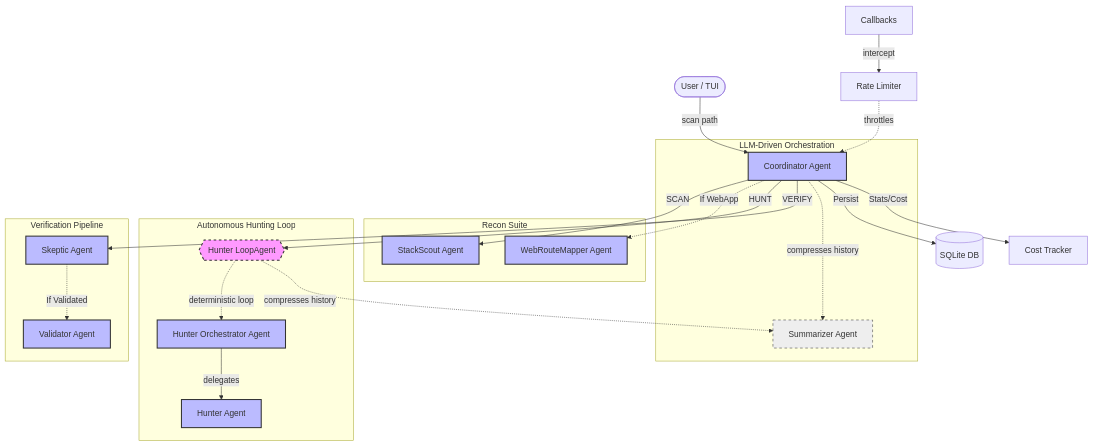
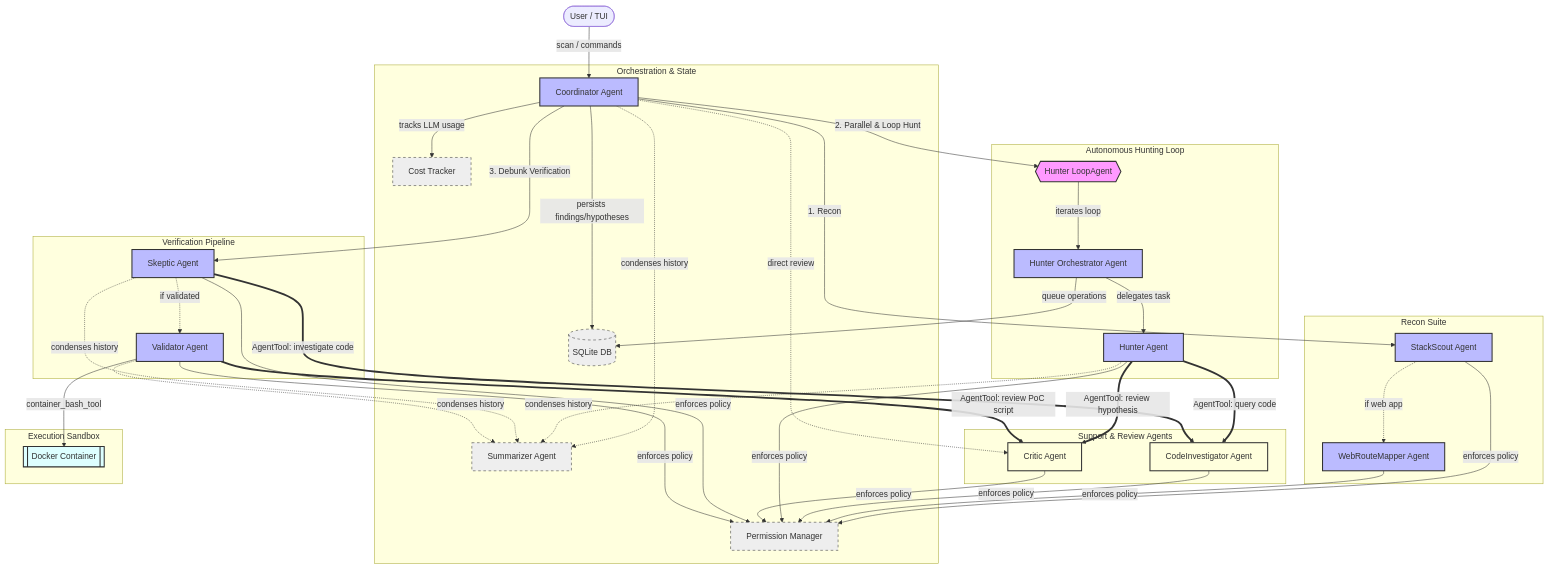
The diagram in AI/trashdig/README.md (Matir/hacks), drawn with Mermaid before and after one commit. The commit also changed other lines of this file and 17 other files, not shown here.

````diff
--- a/AI/trashdig/README.md
+++ b/AI/trashdig/README.md
@@ -42,61 +52,81 @@
 ```mermaid
 flowchart TD
-    User([User / TUI]) -->|scan path| C
-    
-    subgraph Core [LLM-Driven Orchestration]
-        C[Coordinator Agent]
+    User([User / TUI]) -->|scan / commands| C[Coordinator Agent]
+
+    subgraph Core [Orchestration & State]
+        C
         SM[Summarizer Agent]
+        DB[(SQLite DB)]
+        CT[Cost Tracker]
+        PM[Permission Manager]
     end
 
     subgraph Recon [Recon Suite]
         SS[StackScout Agent]
         WRM[WebRouteMapper Agent]
     end
 
+    subgraph Investigate [Support & Review Agents]
+        CI[CodeInvestigator Agent]
+        CR[Critic Agent]
+    end
+
     subgraph Hunt [Autonomous Hunting Loop]
         HL{{Hunter LoopAgent}}
         HO[Hunter Orchestrator Agent]
         H[Hunter Agent]
-        
-        HL -.->|deterministic loop| HO
-        HO -->|delegates| H
+
+        HL -->|iterates loop| HO
+        HO -->|delegates task| H
     end
 
     subgraph Verify [Verification Pipeline]
         S[Skeptic Agent]
         V[Validator Agent]
     end
 
-    %% Relationships
-    C -->|SCAN| SS
-    C -.->|If WebApp| WRM
-    C -->|HUNT| HL
-    C -->|VERIFY| S
-    S -.->|If Validated| V
+    subgraph Sandbox [Execution Sandbox]
+        DOCKER[[Docker Container]]
+    end
 
-    %% Context Compaction
-    C -.->|compresses history| SM
-    HL -.->|compresses history| SM
+    %% Pipeline Delegations from Coordinator
+    C -->|1. Recon| SS
+    SS -.->|if web app| WRM
+    C -->|2. Parallel & Loop Hunt| HL
+    C -->|3. Debunk Verification| S
+    S -.->|if validated| V
+    C -.->|direct review| CR
 
-    %% Infrastructure & Persistence
-    C -->|Persist| DB[(SQLite DB)]
-    C -->|Stats/Cost| CT[Cost Tracker]
-    cb[Callbacks] -->|intercept| RL[Rate Limiter]
-    RL -.->|throttles| C
-    
-    %% Legend/Formatting
-    style HL fill:#f9f,stroke:#333,stroke-width:2px
-    style C fill:#bbf,stroke:#333,stroke-width:2px
-    style SS fill:#bbf,stroke:#333,stroke-width:2px
-    style WRM fill:#bbf,stroke:#333,stroke-width:2px
-    style HO fill:#bbf,stroke:#333,stroke-width:2px
-    style H fill:#bbf,stroke:#333,stroke-width:2px
-    style S fill:#bbf,stroke:#333,stroke-width:2px
-    style V fill:#bbf,stroke:#333,stroke-width:2px
-    style SM fill:#eee,stroke:#333,stroke-dasharray: 5 5
+    %% Tool-Level Agent Invocations (AgentTool)
+    H ==>|AgentTool: query code| CI
+    H ==>|AgentTool: review hypothesis| CR
+    S ==>|AgentTool: investigate code| CI
+    V ==>|AgentTool: review PoC script| CR
+
+    %% Sandbox Execution
+    V -->|container_bash_tool| DOCKER
+
+    %% History & Context Compression
+    C -.->|condenses history| SM
+    H -.->|condenses history| SM
+    S -.->|condenses history| SM
+    V -.->|condenses history| SM
+
+    %% Persistence & Controls
+    C -->|persists findings/hypotheses| DB
+    HO -->|queue operations| DB
+    C -->|tracks LLM usage| CT
+    SS & WRM & CI & H & CR & S & V -->|enforces policy| PM
 
     classDef llm fill:#bbf,stroke:#333,stroke-width:2px;
-    classDef loop fill:#f9f,stroke:#333,stroke-dasharray: 5 5;
+    classDef loop fill:#f9f,stroke:#333,stroke-width:2px;
+    classDef support fill:#ffd,stroke:#333,stroke-width:2px;
+    classDef infra fill:#eee,stroke:#333,stroke-dasharray: 5 5;
+    classDef container fill:#dff,stroke:#333,stroke-width:2px;
+
+    class C,SS,WRM,HO,H,S,V llm;
     class HL loop;
-    class C,SS,WRM,HO,H,S,V llm;
+    class CI,CR support;
+    class SM,DB,CT,PM infra;
+    class DOCKER container;
 ```
````
